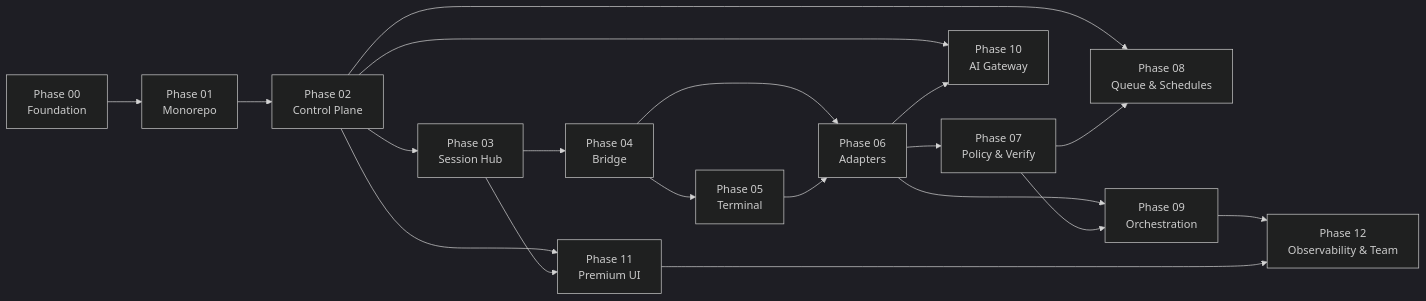
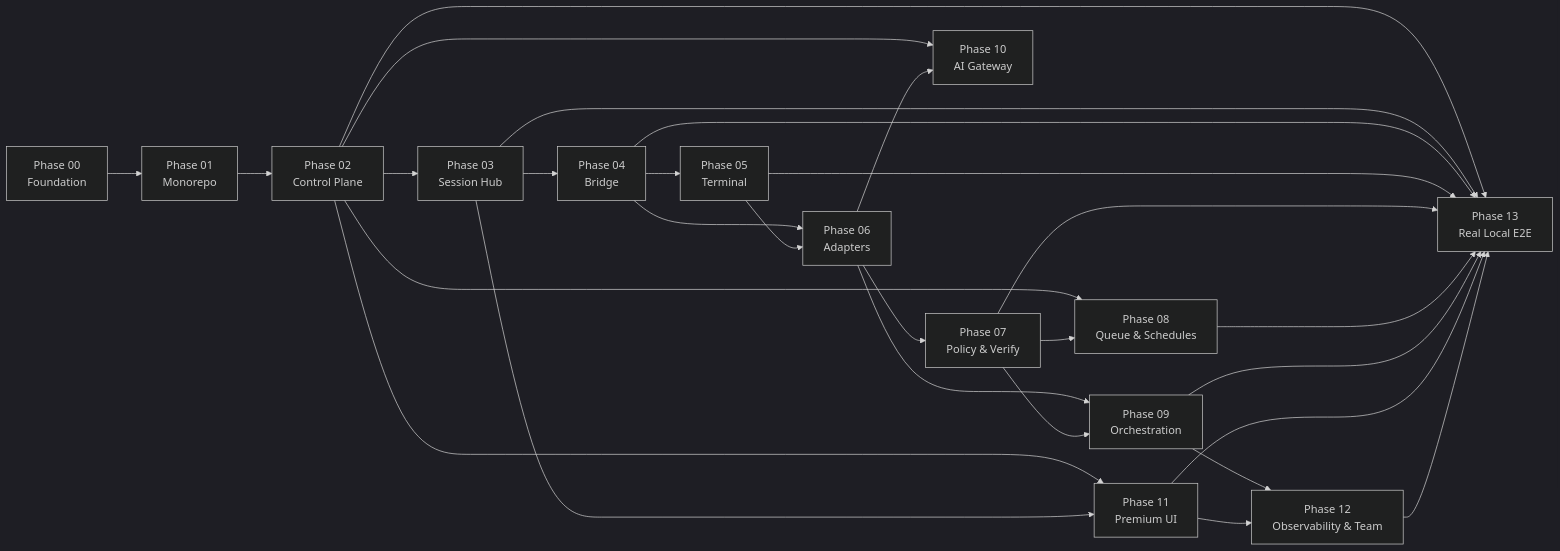
The second of 2 diagrams in Docs/PHASES/OVERVIEW.md (itsVijayCoder/agentDeck), drawn with Mermaid (dark theme) before and after one commit. The commit also changed other lines of this file and 45 other files, not shown here.

Commit message:
feat(tasks): enable real local task flow

````diff
--- a/Docs/PHASES/OVERVIEW.md
+++ b/Docs/PHASES/OVERVIEW.md
@@ -180,35 +182,45 @@
 ```mermaid
 flowchart LR
   P00[Phase 00<br/>Foundation]
   P01[Phase 01<br/>Monorepo]
   P02[Phase 02<br/>Control Plane]
   P03[Phase 03<br/>Session Hub]
   P04[Phase 04<br/>Bridge]
   P05[Phase 05<br/>Terminal]
   P06[Phase 06<br/>Adapters]
   P07[Phase 07<br/>Policy & Verify]
   P08[Phase 08<br/>Queue & Schedules]
   P09[Phase 09<br/>Orchestration]
   P10[Phase 10<br/>AI Gateway]
   P11[Phase 11<br/>Premium UI]
   P12[Phase 12<br/>Observability & Team]
+  P13[Phase 13<br/>Real Local E2E]
 
   P00 --> P01
   P01 --> P02
   P02 --> P03
   P03 --> P04
   P04 --> P05
   P04 --> P06
   P05 --> P06
   P06 --> P07
   P02 --> P08
   P07 --> P08
   P06 --> P09
   P07 --> P09
   P02 --> P10
   P06 --> P10
   P02 --> P11
   P03 --> P11
   P09 --> P12
   P11 --> P12
+  P02 --> P13
+  P03 --> P13
+  P04 --> P13
+  P05 --> P13
+  P07 --> P13
+  P08 --> P13
+  P09 --> P13
+  P11 --> P13
+  P12 --> P13
 ```
````
